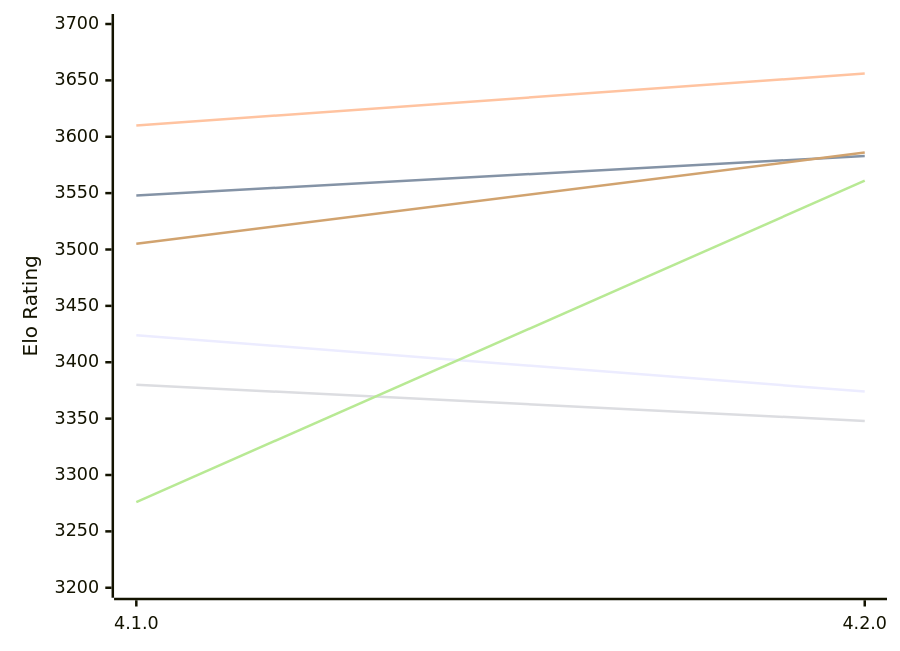
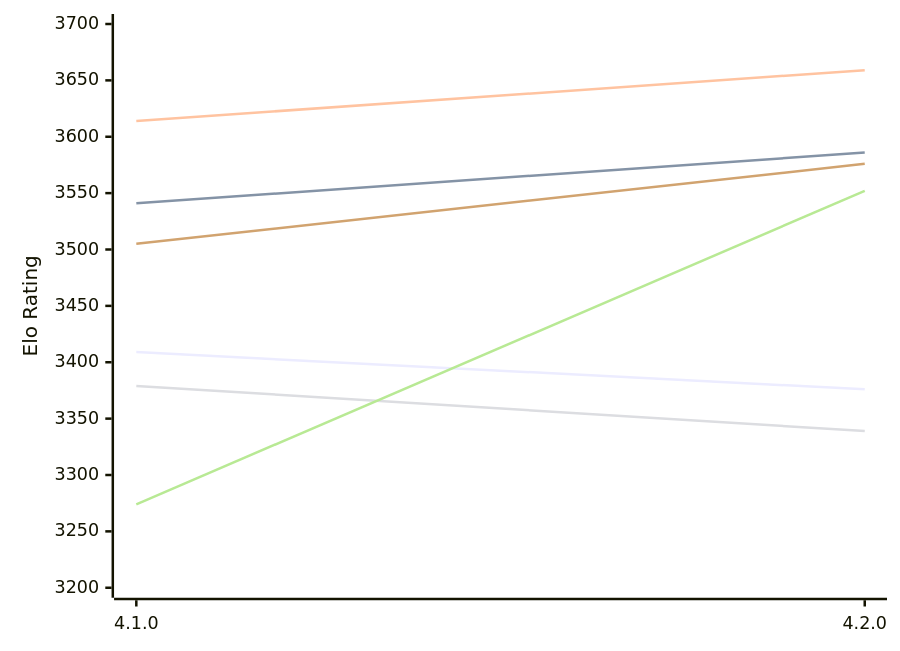
One commit to computer-chess-index/cci changed the first of 2 diagrams in engines/Raphael.md. Above: the diagram before and after it, drawn with Mermaid. The commit also changed other lines of this file, not shown here.

Commit message:
Update CCI Ratings (ELO VLTC) - 2026-11-15

````diff
--- a/engines/Raphael.md
+++ b/engines/Raphael.md
@@ -59,12 +59,12 @@
 ```mermaid
 %%{init: {"theme":"base","themeVariables":{"seriesColors:['#a3a3a3','#222221','#faa371']}}}%%
 xychart-beta
   x-axis ["4.1.0", "4.2.0"]
   y-axis "Elo Rating" 3200 --> 3700
-  line "E1: STC (8.0+0.08s)" [3424, 3374]
-  line "E1: LTC (60.0+0.60s)" [3548, 3583]
-  line "E1: VLTC (2m24s+1.12s)" [3610, 3656]
-  line "P1: STC (8.0+0.08s)" [3380, 3348]
-  line "P1: LTC (60.0+0.60s)" [3276, 3561]
-  line "P1: VLTC (2m24s+1.12s)" [3505, 3586]
+  line "E1: STC (8.0+0.08s)" [3409, 3376]
+  line "E1: LTC (60.0+0.60s)" [3541, 3586]
+  line "E1: VLTC (2m24s+1.12s)" [3614, 3659]
+  line "P1: STC (8.0+0.08s)" [3379, 3339]
+  line "P1: LTC (60.0+0.60s)" [3274, 3552]
+  line "P1: VLTC (2m24s+1.12s)" [3505, 3576]
 ```
````
